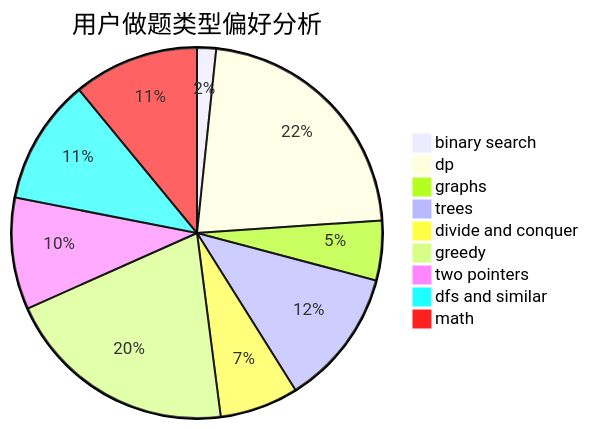
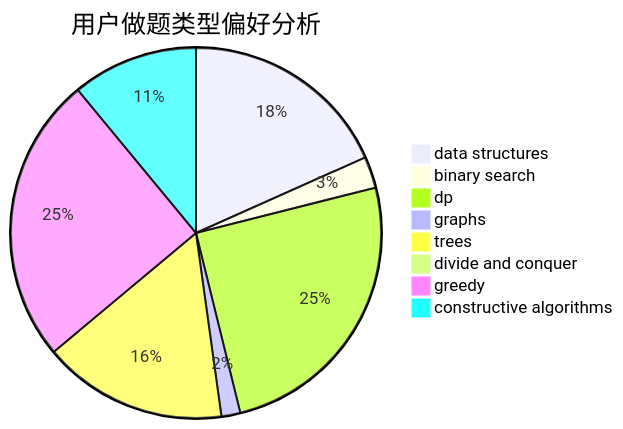
Before and after one commit to sherpahu/cfrs.github.io: the second of 3 diagrams in docs/user/u2560.md, drawn with Mermaid. The commit also changed other lines of this file and 2775 other files, not shown here.

````diff
--- a/docs/user/u2560.md
+++ b/docs/user/u2560.md
@@ -23,12 +23,11 @@
 ```mermaid
 pie title 用户做题类型偏好分析
+    "data structures" :  100
     "binary search" :  15
-    "dp" :  201
-    "graphs" :  47
-    "trees" :  108
-    "divide and conquer" :  62
-    "greedy" :  184
-    "two pointers" :  88
-    "dfs and similar" :  99
-    "math" :  99
+    "dp" :  137
+    "graphs" :  9
+    "trees" :  88
+    "divide and conquer" :  0
+    "greedy" :  137
+    "constructive algorithms" :  60
 ```
````
